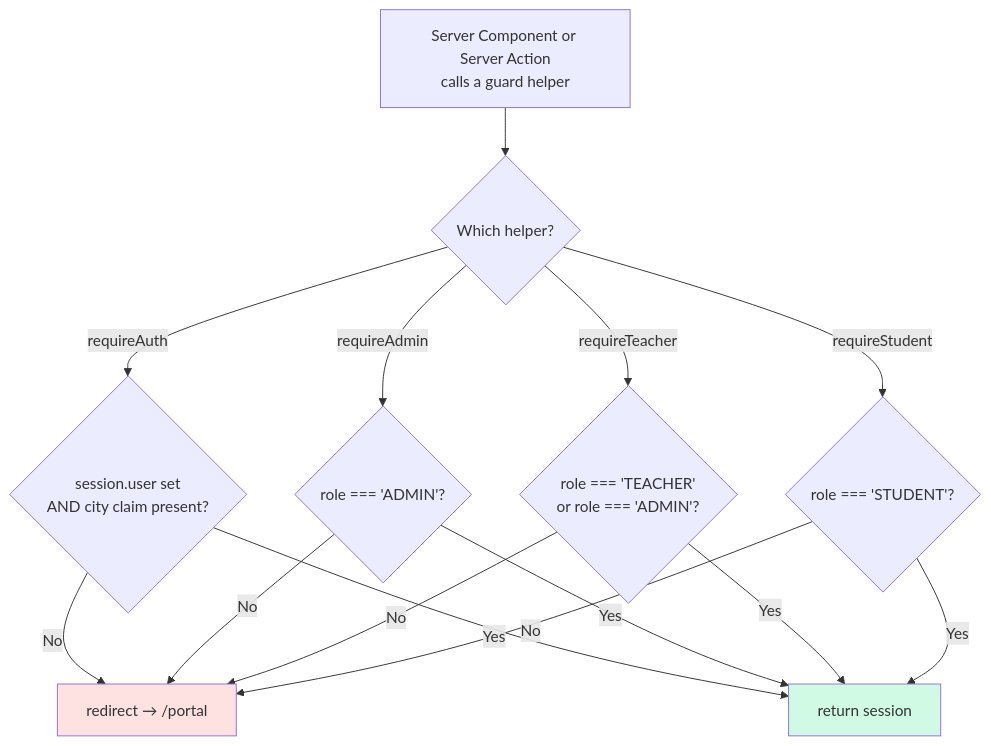
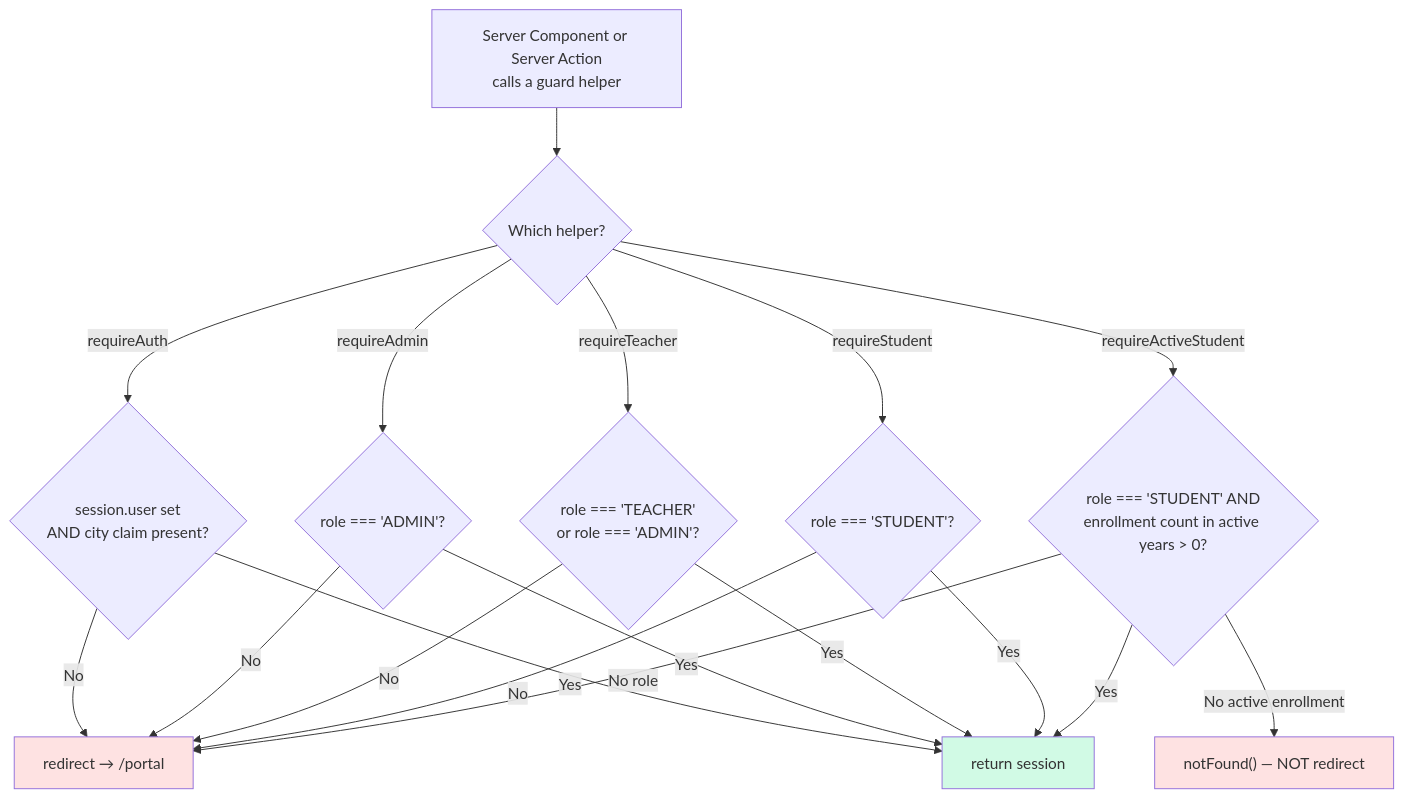
The third of 3 diagrams in docs/diagrams/role-based-login.md (jpucic00/inovatic), drawn with Mermaid before and after one commit. The commit also changed other lines of this file and 73 other files, not shown here.

````diff
--- a/docs/diagrams/role-based-login.md
+++ b/docs/diagrams/role-based-login.md
@@ -102,21 +113,26 @@
 ```mermaid
 flowchart TD
     CALL["Server Component or Server Action<br/>calls a guard helper"] --> WHICH{Which helper?}
 
     WHICH -->|requireAuth| A1{session.user set<br/>AND city claim present?}
     WHICH -->|requireAdmin| A2{role === 'ADMIN'?}
     WHICH -->|requireTeacher| A3{role === 'TEACHER'<br/>or role === 'ADMIN'?}
     WHICH -->|requireStudent| A4{role === 'STUDENT'?}
+    WHICH -->|requireActiveStudent| A5{role === 'STUDENT' AND<br/>enrollment count in active years > 0?}
 
     A1 -->|No| RED[redirect → /portal]
     A1 -->|Yes| OK[return session]
     A2 -->|No| RED
     A2 -->|Yes| OK
     A3 -->|No| RED
     A3 -->|Yes| OK
     A4 -->|No| RED
     A4 -->|Yes| OK
+    A5 -->|"No role"| RED
+    A5 -->|"No active enrollment"| NF["notFound() — NOT redirect"]
+    A5 -->|Yes| OK
 
+    style NF  fill:#fee2e2
     style OK  fill:#d1fae5
     style RED fill:#fee2e2
 ```
````
